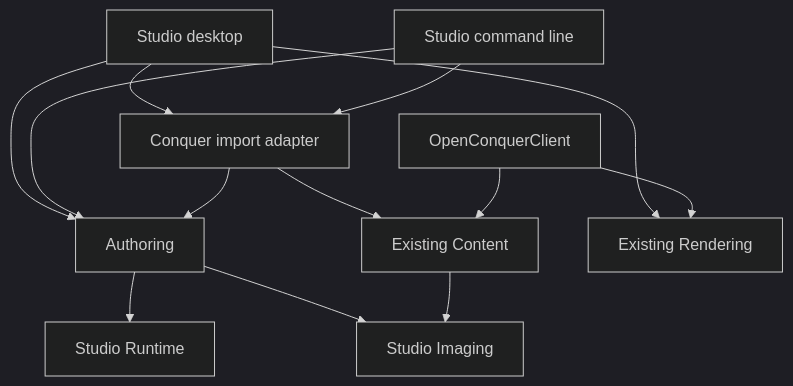
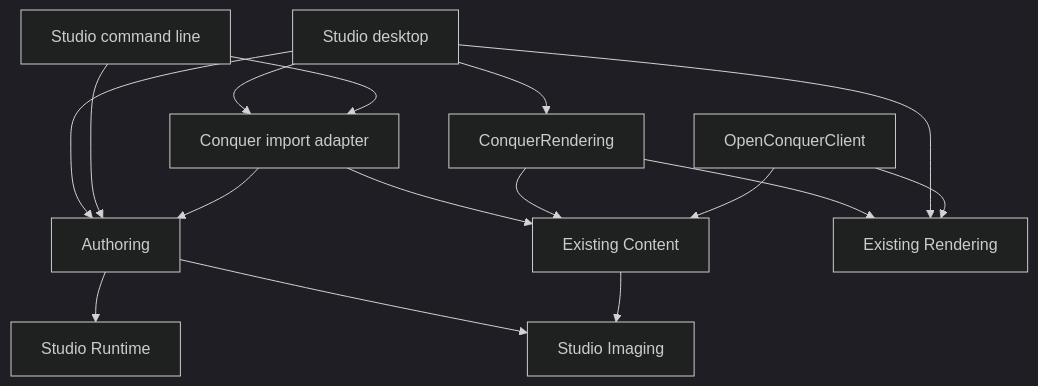
Before and after one commit to berniemackie97/OpenConquerClient: the diagram in docs/studio/architecture.md, drawn with Mermaid (dark theme). The commit also changed other lines of this file and 5 other files, not shown here.

````diff
--- a/docs/studio/architecture.md
+++ b/docs/studio/architecture.md
@@ -7,15 +7,18 @@
 ```mermaid
 flowchart TD
     Desktop[Studio desktop] --> Authoring
     CLI[Studio command line] --> Authoring
     Desktop --> Adapter[Conquer import adapter]
     CLI --> Adapter
     Adapter --> Authoring
     Adapter --> Content[Existing Content]
     Authoring --> Runtime[Studio Runtime]
     Authoring --> Imaging[Studio Imaging]
     Content --> Imaging
-    Desktop --> Rendering[Existing Rendering]
+    Desktop --> Compatibility[ConquerRendering]
+    Compatibility --> Content
+    Compatibility --> Rendering[Existing Rendering]
+    Desktop --> Rendering
     Game[OpenConquerClient] --> Rendering
     Game --> Content
 ```
````
